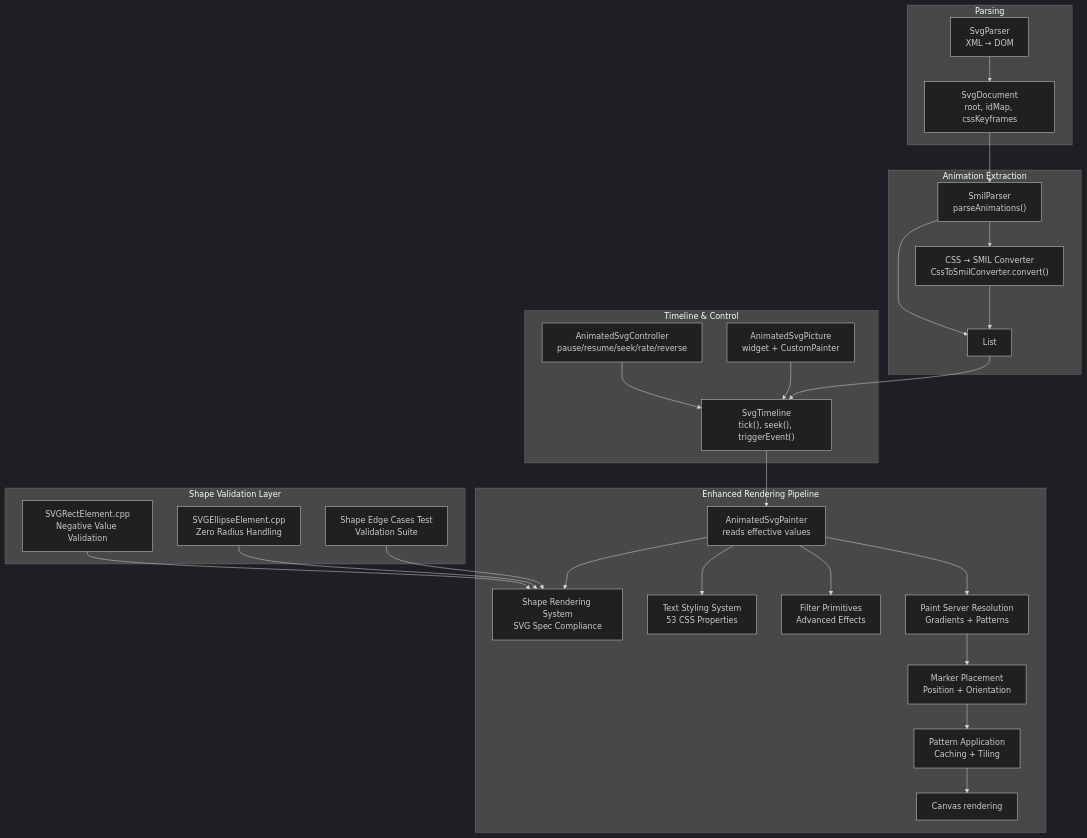
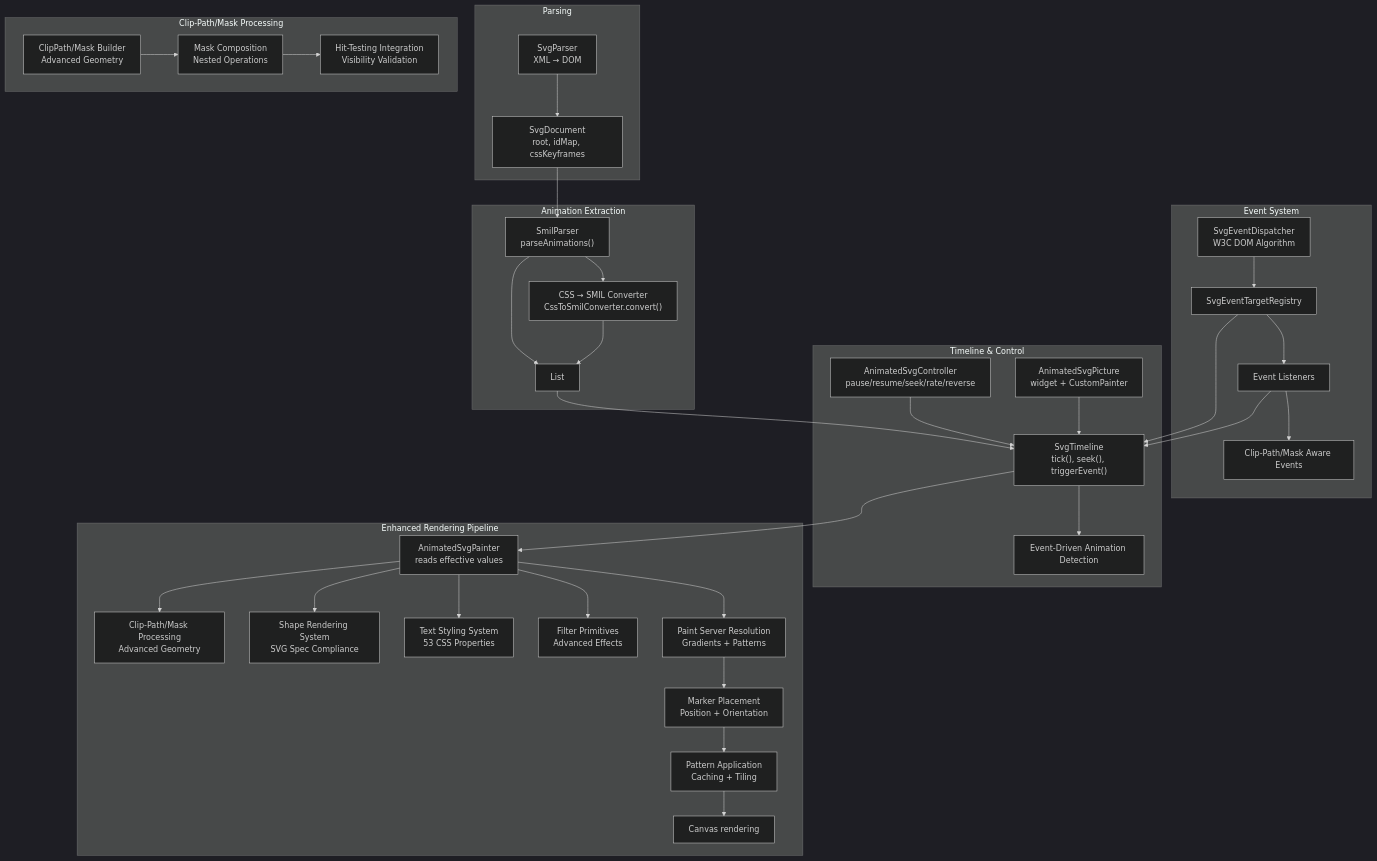
Before and after one commit to denisnadey/flutter_full_svg_support: the first of 26 diagrams in .qoder/repowiki/en/content/Animated SVG Support/Animated SVG Support.md, drawn with Mermaid (dark theme). The commit also changed other lines of this file and 20 other files, not shown here.

First line of the commit message:
feat(svg): implement comprehensive event handling with pointer and gesture support

````diff
--- a/.qoder/repowiki/en/content/Animated SVG Support/Animated SVG Support.md
+++ b/.qoder/repowiki/en/content/Animated SVG Support/Animated SVG Support.md
@@ -78,32 +105,40 @@
 ```mermaid
 graph TB
 subgraph "Parsing"
 A["SvgParser<br/>XML → DOM"] --> B["SvgDocument<br/>root, idMap, cssKeyframes"]
 end
 subgraph "Animation Extraction"
 B --> C["SmilParser<br/>parseAnimations()"]
 C --> D["List<SmilAnimation>"]
 C --> E["CSS → SMIL Converter<br/>CssToSmilConverter.convert()"]
 E --> D
 end
+subgraph "Clip-Path/Mask Processing"
+F["ClipPath/Mask Builder<br/>Advanced Geometry"] --> G["Mask Composition<br/>Nested Operations"]
+G --> H["Hit-Testing Integration<br/>Visibility Validation"]
+end
+subgraph "Event System"
+I["SvgEventDispatcher<br/>W3C DOM Algorithm"] --> J["SvgEventTargetRegistry"]
+J --> K["Event Listeners"]
+K --> L["Clip-Path/Mask Aware Events"]
+end
 subgraph "Timeline & Control"
-D --> F["SvgTimeline<br/>tick(), seek(), triggerEvent()"]
-G["AnimatedSvgController<br/>pause/resume/seek/rate/reverse"] --> F
-H["AnimatedSvgPicture<br/>widget + CustomPainter"] --> F
+D --> M["SvgTimeline<br/>tick(), seek(), triggerEvent()"]
+M --> N["Event-Driven Animation Detection"]
+J --> M
+K --> M
+O["AnimatedSvgController<br/>pause/resume/seek/rate/reverse"] --> M
+P["AnimatedSvgPicture<br/>widget + CustomPainter"] --> M
 end
 subgraph "Enhanced Rendering Pipeline"
-F --> I["AnimatedSvgPainter<br/>reads effective values"]
-I --> J["Shape Rendering System<br/>SVG Spec Compliance"]
-I --> K["Text Styling System<br/>53 CSS Properties"]
-I --> L["Filter Primitives<br/>Advanced Effects"]
-I --> M["Paint Server Resolution<br/>Gradients + Patterns"]
-M --> N["Marker Placement<br/>Position + Orientation"]
-N --> O["Pattern Application<br/>Caching + Tiling"]
-O --> P["Canvas rendering"]
-end
-subgraph "Shape Validation Layer"
-Q["SVGRectElement.cpp<br/>Negative Value Validation"] --> J
-R["SVGEllipseElement.cpp<br/>Zero Radius Handling"] --> J
-S["Shape Edge Cases Test<br/>Validation Suite"] --> J
+M --> Q["AnimatedSvgPainter<br/>reads effective values"]
+Q --> R["Clip-Path/Mask Processing<br/>Advanced Geometry"]
+Q --> S["Shape Rendering System<br/>SVG Spec Compliance"]
+Q --> T["Text Styling System<br/>53 CSS Properties"]
+Q --> U["Filter Primitives<br/>Advanced Effects"]
+Q --> V["Paint Server Resolution<br/>Gradients + Patterns"]
+V --> W["Marker Placement<br/>Position + Orientation"]
+W --> X["Pattern Application<br/>Caching + Tiling"]
+X --> Y["Canvas rendering"]
 end
 ```
````
